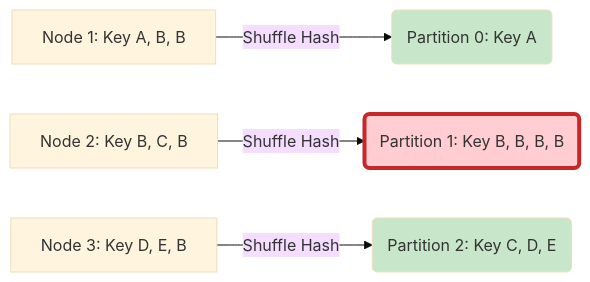
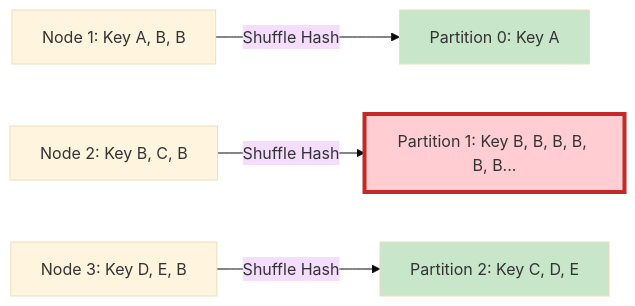
The diagram in src/content/docs/concepts/4-compute-engines-batch/data-skew.md (kythuatdulieu/kythuatdulieu.github.io), drawn with Mermaid (base theme) before and after one commit. The commit also changed other lines of this file and 213 other files, not shown here.

Commit message:
Fix syntax and rewrite 200+ concepts docs to deep-dive system architecture and add GA4 tracking to quiz app

````diff
--- a/src/content/docs/concepts/4-compute-engines-batch/data-skew.md
+++ b/src/content/docs/concepts/4-compute-engines-batch/data-skew.md
@@ -27,10 +32,10 @@
 ```mermaid
 graph LR
-    A["Node 1: Key A, B, B"] -->|Shuffle Hash| C("Partition 0: Key A")
-    B["Node 2: Key B, C, B"] -->|Shuffle Hash| D("Partition 1: Key B, B, B, B")
-    E["Node 3: Key D, E, B"] -->|Shuffle Hash| F("Partition 2: Key C, D, E")
+    A["Node 1: Key A, B, B"] -->|Shuffle Hash| C["Partition 0: Key A"]
+    B["Node 2: Key B, C, B"] -->|Shuffle Hash| D["Partition 1: Key B, B, B, B, B, B..."]
+    E["Node 3: Key D, E, B"] -->|Shuffle Hash| F["Partition 2: Key C, D, E"]
     
     style D fill:#ffcdd2,stroke:#c62828,stroke-width:4px
     style C fill:#c8e6c9
     style F fill:#c8e6c9
 ```
````
